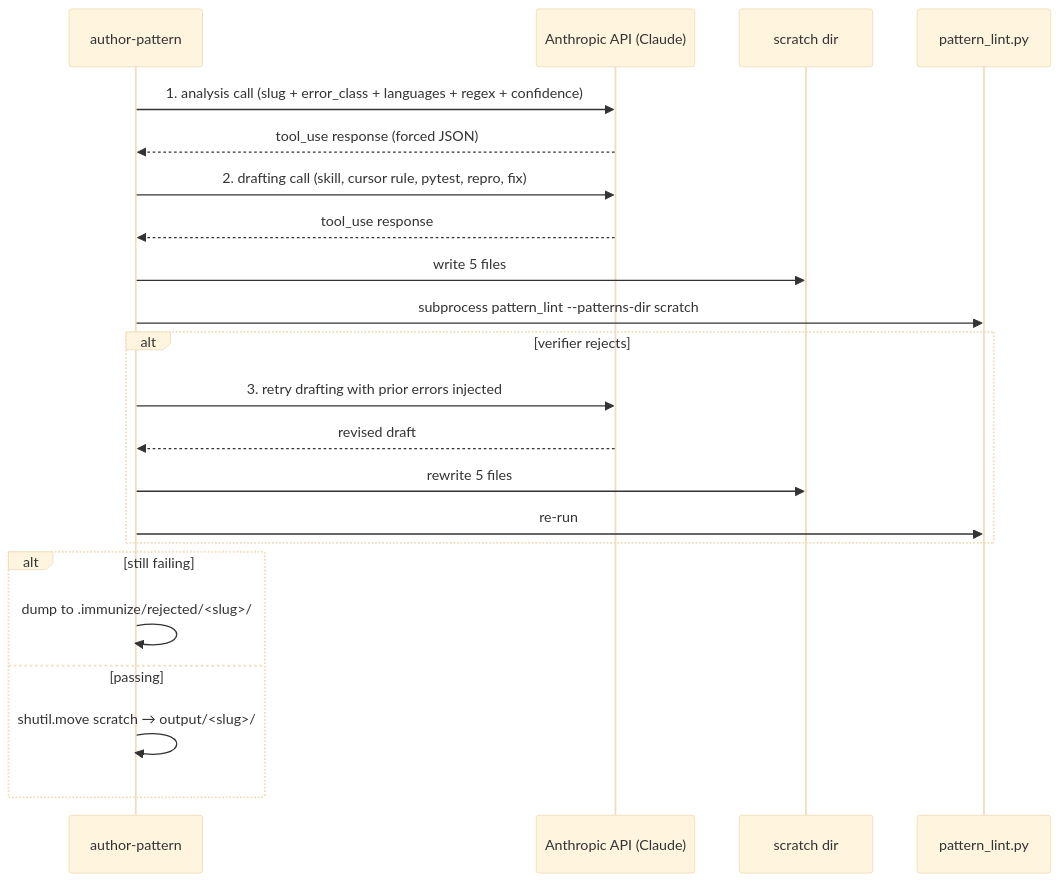
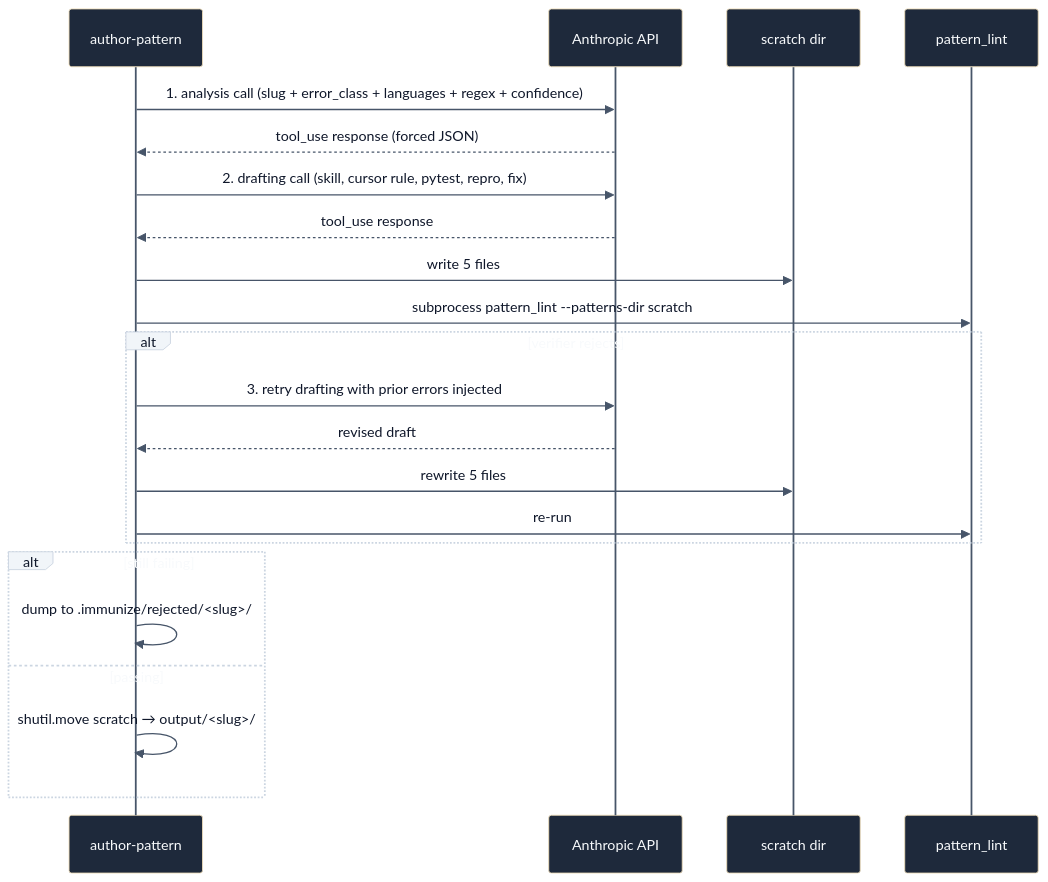
One commit to viditkbhatnagar/immunize changed diagram 12 of 14 in README.md. Above: the diagram before and after it, drawn with Mermaid. The commit also changed other lines of this file, not shown here.

First line of the commit message:
Redesign README mermaid diagrams with corporate styling

````diff
--- a/README.md
+++ b/README.md
@@ -645,26 +714,26 @@
 ```mermaid
-%%{init: {'theme':'base'}}%%
+%%{init: {'theme':'base', 'themeVariables': {'fontFamily':'Inter, system-ui, -apple-system, sans-serif', 'actorBkg':'#1e293b', 'actorTextColor':'#f8fafc', 'actorLineColor':'#475569', 'signalColor':'#475569', 'signalTextColor':'#0f172a', 'labelBoxBkgColor':'#f1f5f9', 'labelBoxBorderColor':'#cbd5e1', 'labelTextColor':'#0f172a', 'noteBkgColor':'#f1f5f9', 'noteBorderColor':'#cbd5e1', 'noteTextColor':'#0f172a'}}}%%
 sequenceDiagram
     participant CLI as author-pattern
-    participant API as Anthropic API (Claude)
+    participant API as Anthropic API
     participant Tmp as scratch dir
-    participant Lint as pattern_lint.py
+    participant Lint as pattern_lint
 
     CLI->>API: 1. analysis call (slug + error_class + languages + regex + confidence)
     API-->>CLI: tool_use response (forced JSON)
     CLI->>API: 2. drafting call (skill, cursor rule, pytest, repro, fix)
     API-->>CLI: tool_use response
     CLI->>Tmp: write 5 files
     CLI->>Lint: subprocess pattern_lint --patterns-dir scratch
     alt verifier rejects
         CLI->>API: 3. retry drafting with prior errors injected
         API-->>CLI: revised draft
         CLI->>Tmp: rewrite 5 files
         CLI->>Lint: re-run
     end
     alt still failing
         CLI->>CLI: dump to .immunize/rejected/<slug>/
     else passing
         CLI->>CLI: shutil.move scratch → output/<slug>/
     end
 ```
````
